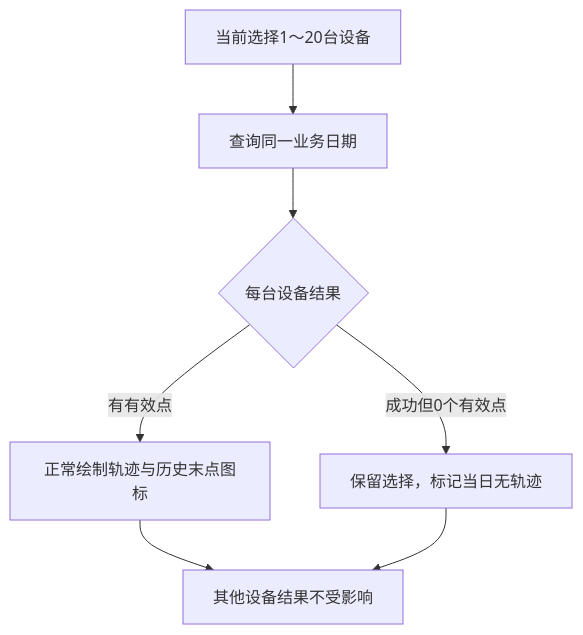
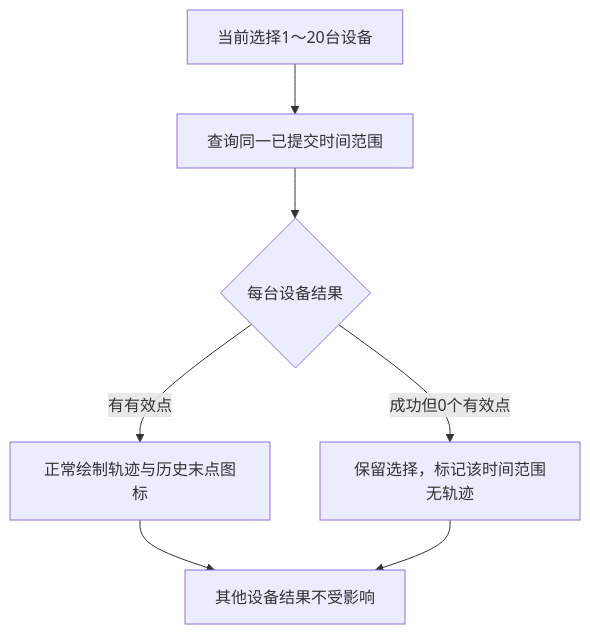
Before and after one commit to CuMgNa/skills: the fifth of 8 diagrams in docs/manuals/革泰/逻辑大纲/革泰 APP 整群轨迹逻辑点梳理 plan.md, drawn with Mermaid. The commit also changed other lines of this file and 21 other files, not shown here.

````diff
--- a/docs/manuals/革泰/逻辑大纲/革泰 APP 整群轨迹逻辑点梳理 plan.md
+++ b/docs/manuals/革泰/逻辑大纲/革泰 APP 整群轨迹逻辑点梳理 plan.md
@@ -372,9 +421,9 @@
 ```mermaid
 flowchart TD
-    A["当前选择1～20台设备"] --> B["查询同一业务日期"]
+    A["当前选择1～20台设备"] --> B["查询同一已提交时间范围"]
     B --> C{"每台设备结果"}
     C -->|"有有效点"| D["正常绘制轨迹与历史末点图标"]
-    C -->|"成功但0个有效点"| E["保留选择，标记当日无轨迹"]
+    C -->|"成功但0个有效点"| E["保留选择，标记该时间范围无轨迹"]
     D --> F["其他设备结果不受影响"]
     E --> F
 ```
````
